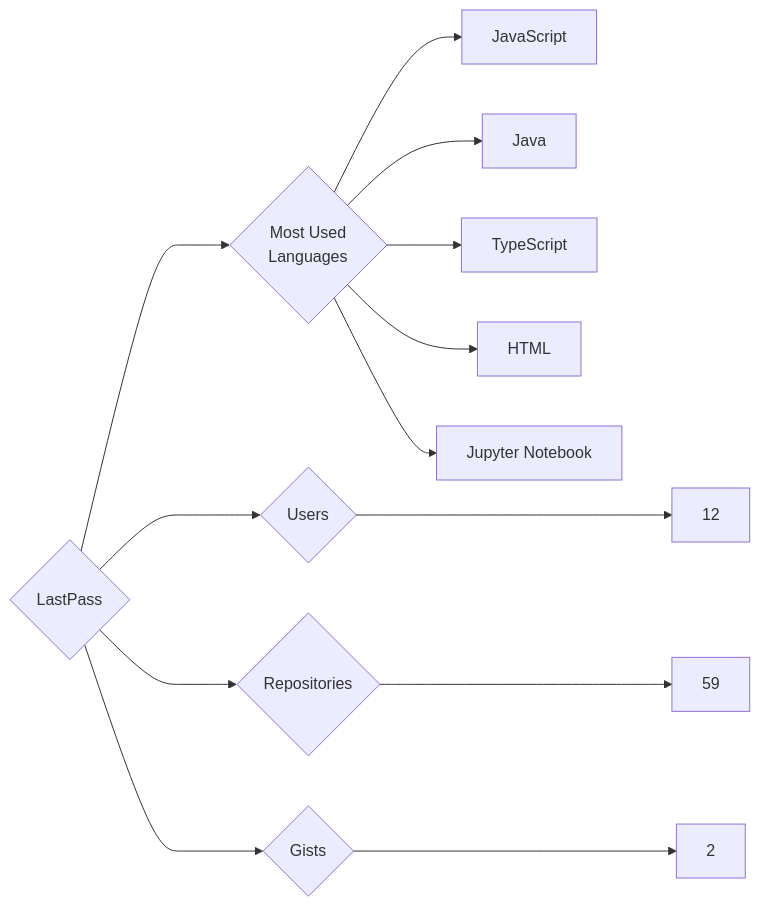
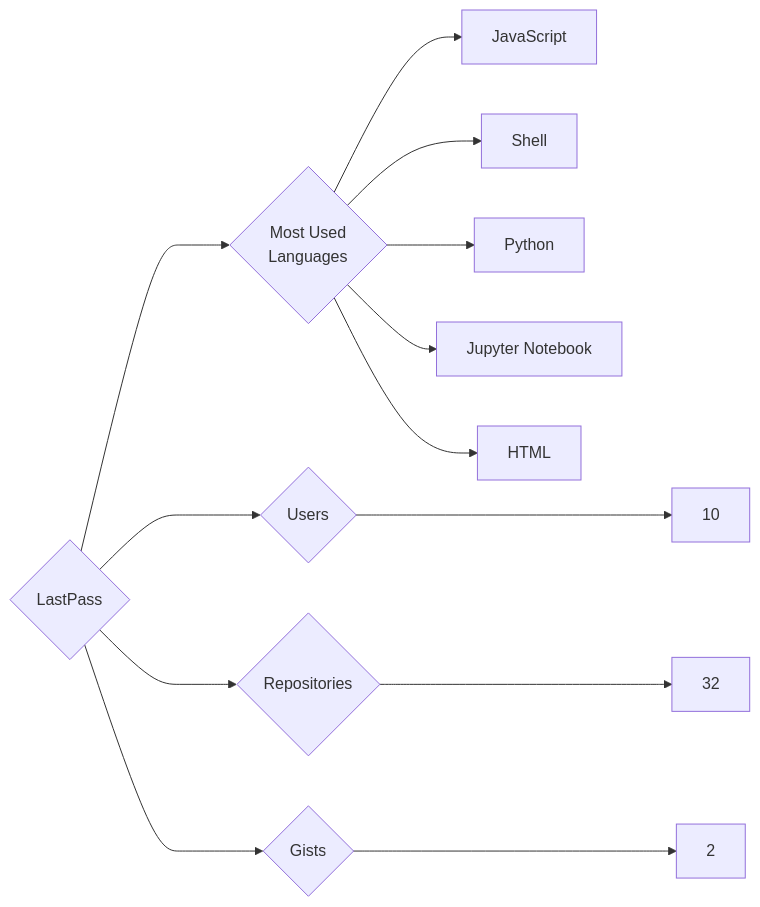
Before and after one commit to trickest/insiders: the diagram in targets/LastPass/README.md, drawn with Mermaid. The commit also changed 714 other files, not shown here.

````diff
--- a/targets/LastPass/README.md
+++ b/targets/LastPass/README.md
@@ -3,13 +3,13 @@
 ```mermaid
 graph LR
 COMPANY_NAME{LastPass}
-COMPANY_NAME ---> U{Users} ---> UN[12]
-COMPANY_NAME ---> R{Repositories} ---> RN[59]
+COMPANY_NAME ---> U{Users} ---> UN[10]
+COMPANY_NAME ---> R{Repositories} ---> RN[32]
 COMPANY_NAME ---> G{Gists} ---> GN[2]
 COMPANY_NAME ---> ML{Most Used<br>Languages}
 ML --> JavaScript[JavaScript]
-ML --> Java[Java]
-ML --> TypeScript[TypeScript]
+ML --> Shell[Shell]
+ML --> Python[Python]
+ML --> Jupyter_Notebook[Jupyter Notebook]
 ML --> HTML[HTML]
-ML --> Jupyter_Notebook[Jupyter Notebook]
 ```
````
